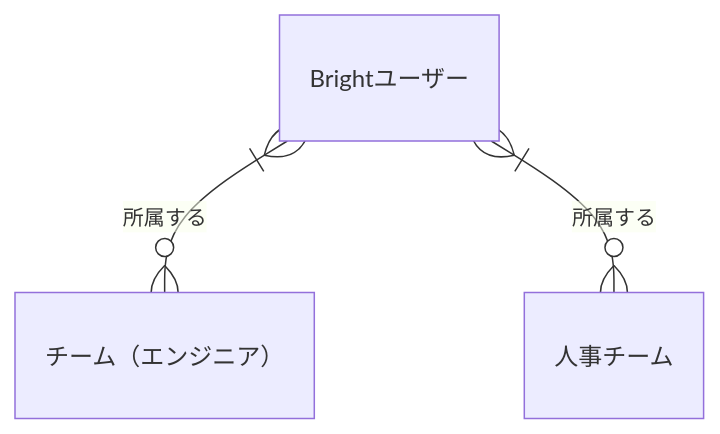
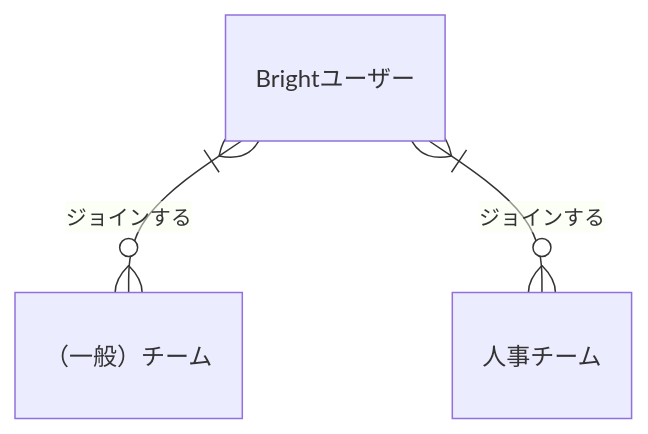
One commit to bright-org/bright changed the third of 10 diagrams in docs/conceptual_schemas/users.md. Above: the diagram before and after it, drawn with Mermaid. The commit also changed other lines of this file, not shown here.

````diff
--- a/docs/conceptual_schemas/users.md
+++ b/docs/conceptual_schemas/users.md
@@ -50,5 +50,5 @@
 ```mermaid
 erDiagram
-  "Brightユーザー"}|--o{"チーム（エンジニア）" : "所属する"
-  "Brightユーザー"}|--o{"人事チーム" : "所属する"
+  "Brightユーザー"}|--o{"（一般）チーム" : "ジョインする"
+  "Brightユーザー"}|--o{"人事チーム" : "ジョインする"
 ```
````
